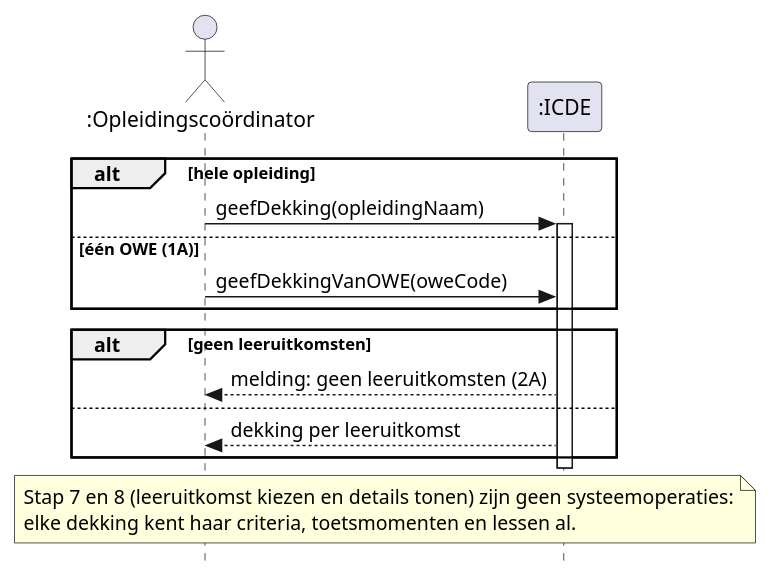
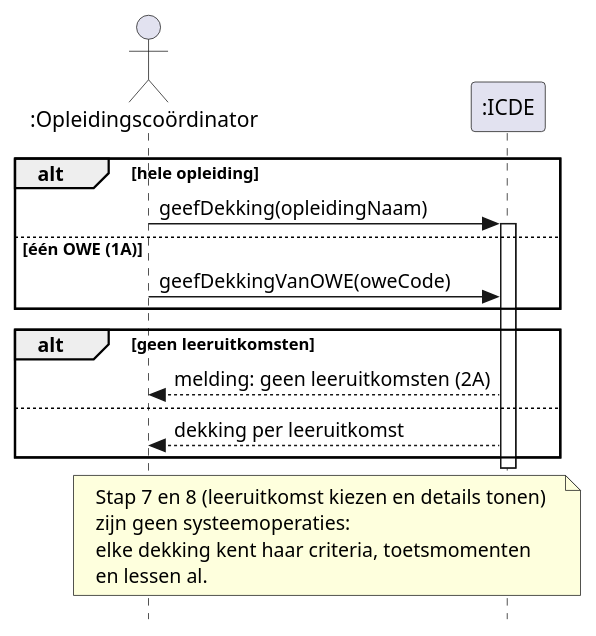
The diagram in docs/diagrams/ssd-uc08-opvragen-dekking.puml (HAN-Craftsmanship-KL-JJG/casus), drawn with PlantUML before and after one commit. The commit also changed 16 other files, not shown here.

First line of the commit message:
docs: wrap long messages in sequence diagrams

```diff
--- a/docs/diagrams/ssd-uc08-opvragen-dekking.puml
+++ b/docs/diagrams/ssd-uc08-opvragen-dekking.puml
@@ -1,28 +1,30 @@
 @startuml ssd-uc08-opvragen-dekking
 ' System sequence diagram van UC08 Opvragen dekkingsoverzicht.
 ' Toelichting: docs/sequencediagrammen.md
 skinparam style strictuml
 skinparam shadowing false
 skinparam defaultFontName Helvetica
 hide footbox
 
 actor ":Opleidingscoördinator" as coordinator
 participant ":ICDE" as icde
 
 alt hele opleiding
   coordinator -> icde : geefDekking(opleidingNaam)
   activate icde
 else één OWE (1A)
   coordinator -> icde : geefDekkingVanOWE(oweCode)
 end
 alt geen leeruitkomsten
   icde --> coordinator : melding: geen leeruitkomsten (2A)
 else
   icde --> coordinator : dekking per leeruitkomst
 end
 deactivate icde
 note over coordinator, icde
-  Stap 7 en 8 (leeruitkomst kiezen en details tonen) zijn geen systeemoperaties:
-  elke dekking kent haar criteria, toetsmomenten en lessen al.
+  Stap 7 en 8 (leeruitkomst kiezen en details tonen)
+  zijn geen systeemoperaties:
+  elke dekking kent haar criteria, toetsmomenten
+  en lessen al.
 end note
 @enduml
```
